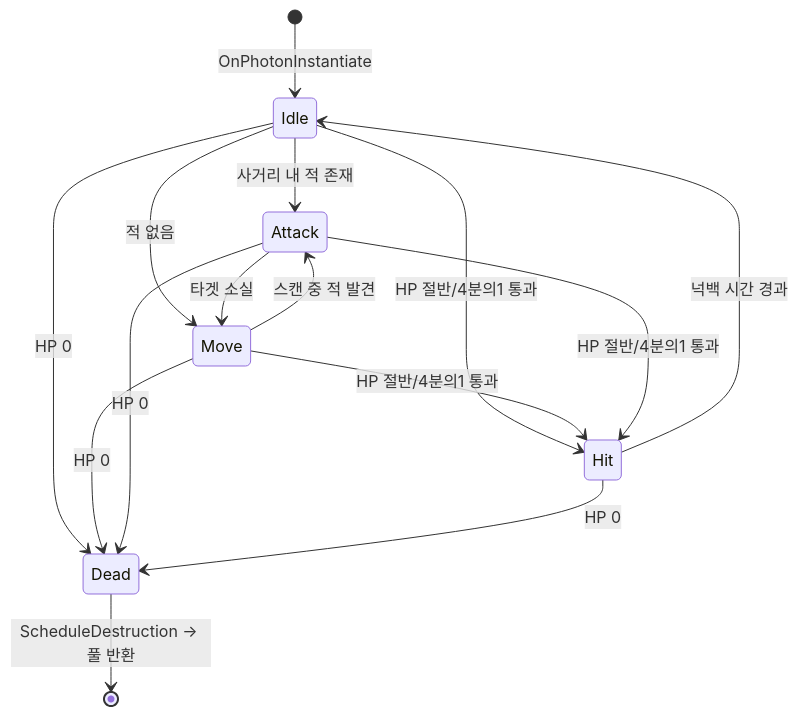
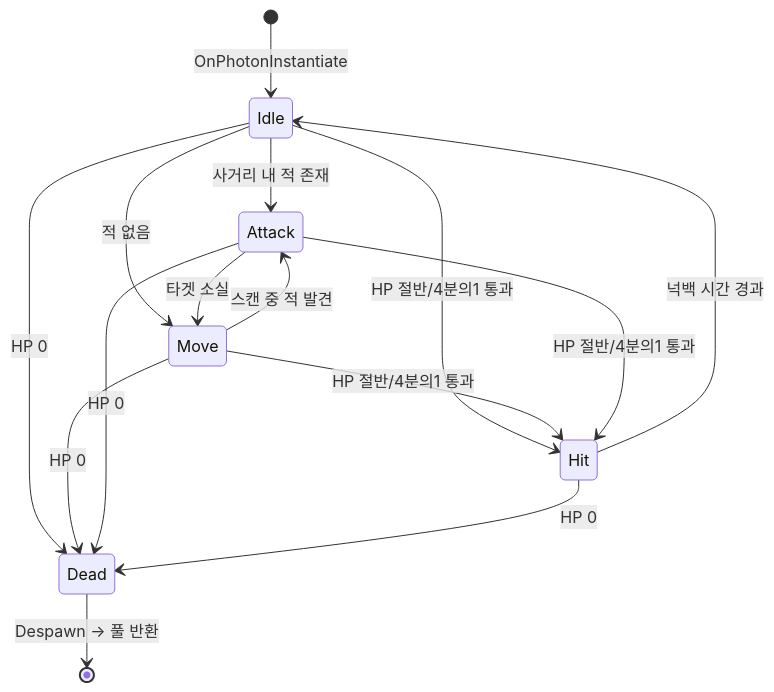
Before and after one commit to dbwoaud/ElementalWar_portfolio: the sixth of 15 diagrams in Docs/ClassDiagram.md, drawn with Mermaid. The commit also changed other lines of this file, not shown here.

````diff
--- a/Docs/ClassDiagram.md
+++ b/Docs/ClassDiagram.md
@@ -495,17 +536,17 @@
 ```mermaid
 stateDiagram-v2
     [*] --> Idle : OnPhotonInstantiate
     Idle --> Attack : 사거리 내 적 존재
     Idle --> Move : 적 없음
     Move --> Attack : 스캔 중 적 발견
     Attack --> Move : 타겟 소실
     Idle --> Hit : HP 절반/4분의1 통과
     Move --> Hit : HP 절반/4분의1 통과
     Attack --> Hit : HP 절반/4분의1 통과
     Hit --> Idle : 넉백 시간 경과
     Idle --> Dead : HP 0
     Move --> Dead : HP 0
     Attack --> Dead : HP 0
     Hit --> Dead : HP 0
-    Dead --> [*] : ScheduleDestruction → 풀 반환
+    Dead --> [*] : Despawn → 풀 반환
 ```
````
